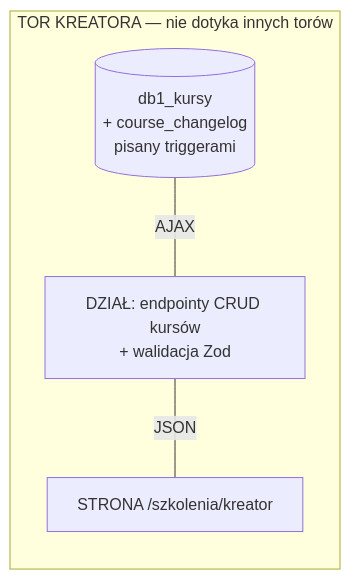
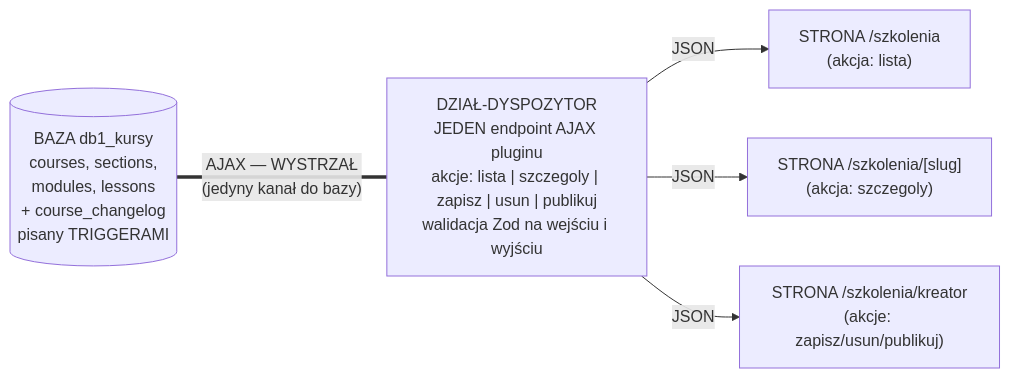
Before and after one commit to krzysiek2115op/aai-platforma-szkolen: the second of 3 diagrams in docs/plugin-1/DIAGRAM.md, drawn with Mermaid. The commit also changed other lines of this file and 3 other files, not shown here.

Commit message:
feat: wytyczna Wystrzal — jedna baza = jeden AJAX na plugin (#5)

````diff
--- a/docs/plugin-1/DIAGRAM.md
+++ b/docs/plugin-1/DIAGRAM.md
@@ -81,6 +67,15 @@
 ```mermaid
 flowchart LR
-    subgraph TOR3["TOR KREATORA — nie dotyka innych torów"]
-        B3[("db1_kursy<br/>+ course_changelog<br/>pisany triggerami")] ---|"AJAX"| A3["DZIAŁ: endpointy CRUD kursów<br/>+ walidacja Zod"] ---|"JSON"| S3["STRONA /szkolenia/kreator"]
-    end
+    BAZA[("BAZA db1_kursy<br/>courses, sections,<br/>modules, lessons<br/>+ course_changelog<br/>pisany TRIGGERAMI")]
+
+    DZIAL["DZIAŁ-DYSPOZYTOR<br/>JEDEN endpoint AJAX pluginu<br/>akcje: lista | szczegoly | zapisz | usun | publikuj<br/>walidacja Zod na wejściu i wyjściu"]
+
+    S1["STRONA /szkolenia<br/>(akcja: lista)"]
+    S2["STRONA /szkolenia/[slug]<br/>(akcja: szczegoly)"]
+    S3["STRONA /szkolenia/kreator<br/>(akcje: zapisz/usun/publikuj)"]
+
+    BAZA ===|"AJAX — WYSTRZAŁ<br/>(jedyny kanał do bazy)"| DZIAL
+    DZIAL -->|"JSON"| S1
+    DZIAL -->|"JSON"| S2
+    DZIAL -->|"JSON"| S3
 ```
````
